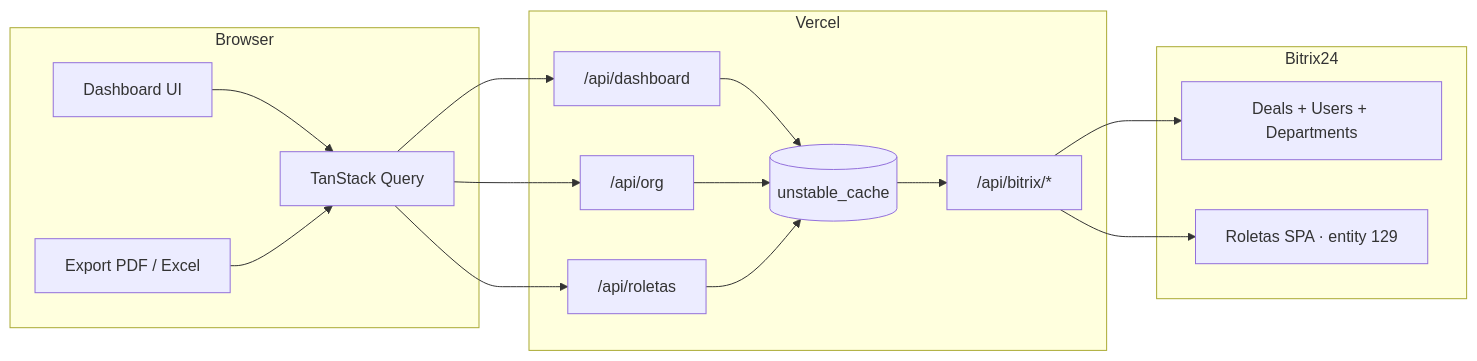
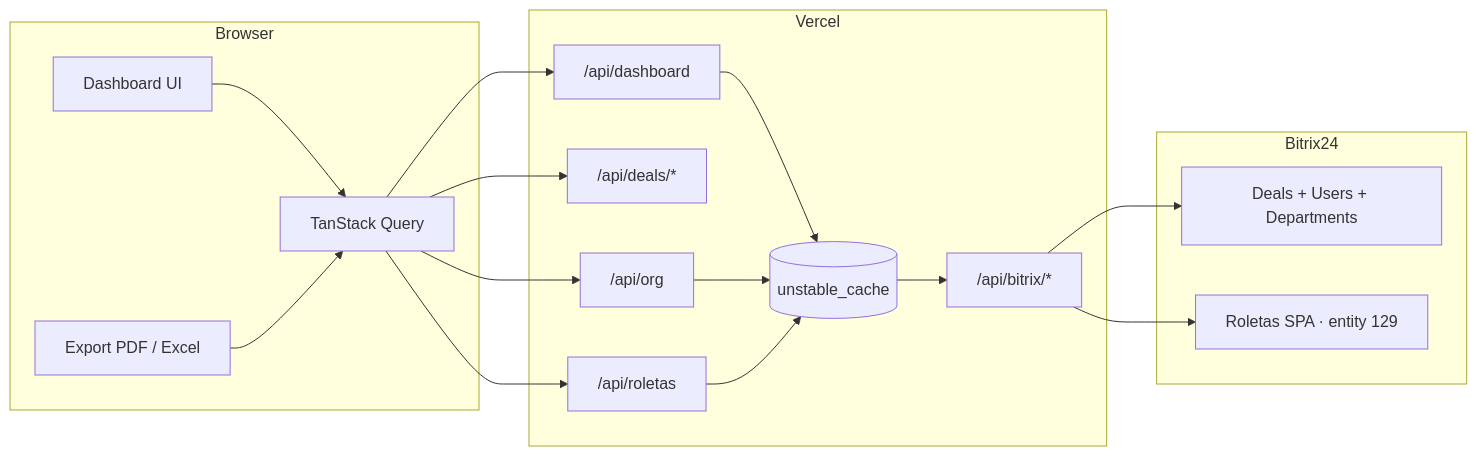
Before and after one commit to RafaelADSdev/Dashboard-St-pp: the diagram in README.md, drawn with Mermaid. The commit also changed other lines of this file and 23 other files, not shown here.

````diff
--- a/README.md
+++ b/README.md
@@ -112,33 +126,35 @@
 ```mermaid
 flowchart LR
     subgraph Browser
         UI[Dashboard UI]
         RQ[TanStack Query]
         EXP[Export PDF / Excel]
     end
 
     subgraph Vercel
         API_DASH["/api/dashboard"]
+        API_DEALS["/api/deals/*"]
         API_ORG["/api/org"]
         API_ROL["/api/roletas"]
         CACHE[(unstable_cache)]
         PROXY["/api/bitrix/*"]
     end
 
     subgraph Bitrix24
         CRM[Deals + Users + Departments]
         SPA[Roletas SPA · entity 129]
     end
 
     UI --> RQ
     EXP --> RQ
     RQ --> API_DASH
+    RQ --> API_DEALS
     RQ --> API_ORG
     RQ --> API_ROL
     API_DASH --> CACHE
     API_ORG --> CACHE
     API_ROL --> CACHE
     CACHE --> PROXY
     PROXY --> CRM
     PROXY --> SPA
 ```
````
